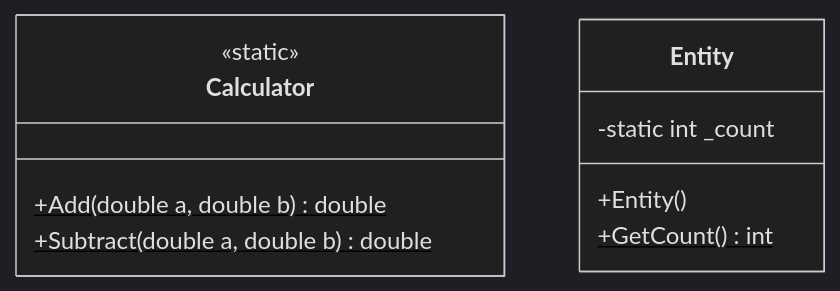
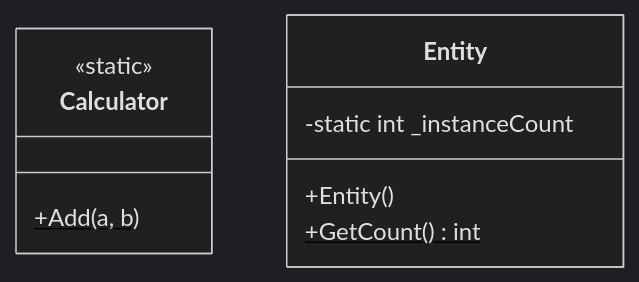
One commit to T-Boyke/C-Sharp-OOP-Fundamentals changed the diagram in 16_StaticMembers/README.md. Above: the diagram before and after it, drawn with Mermaid (dark theme). The commit also changed other lines of this file and 1 other file, not shown here.

Commit message:
feat: add comprehensive documentation for static members and mark the module as complete.

````diff
--- a/16_StaticMembers/README.md
+++ b/16_StaticMembers/README.md
@@ -43,14 +26,13 @@
 ```mermaid
 classDiagram
     class Calculator {
         <<static>>
-        +Add(double a, double b)$ double
-        +Subtract(double a, double b)$ double
+        +Add(a, b)$
     }
 
     class Entity {
-        -static int _count
+        -static int _instanceCount
         +Entity()
         +GetCount()$ int
     }
 ```
````
